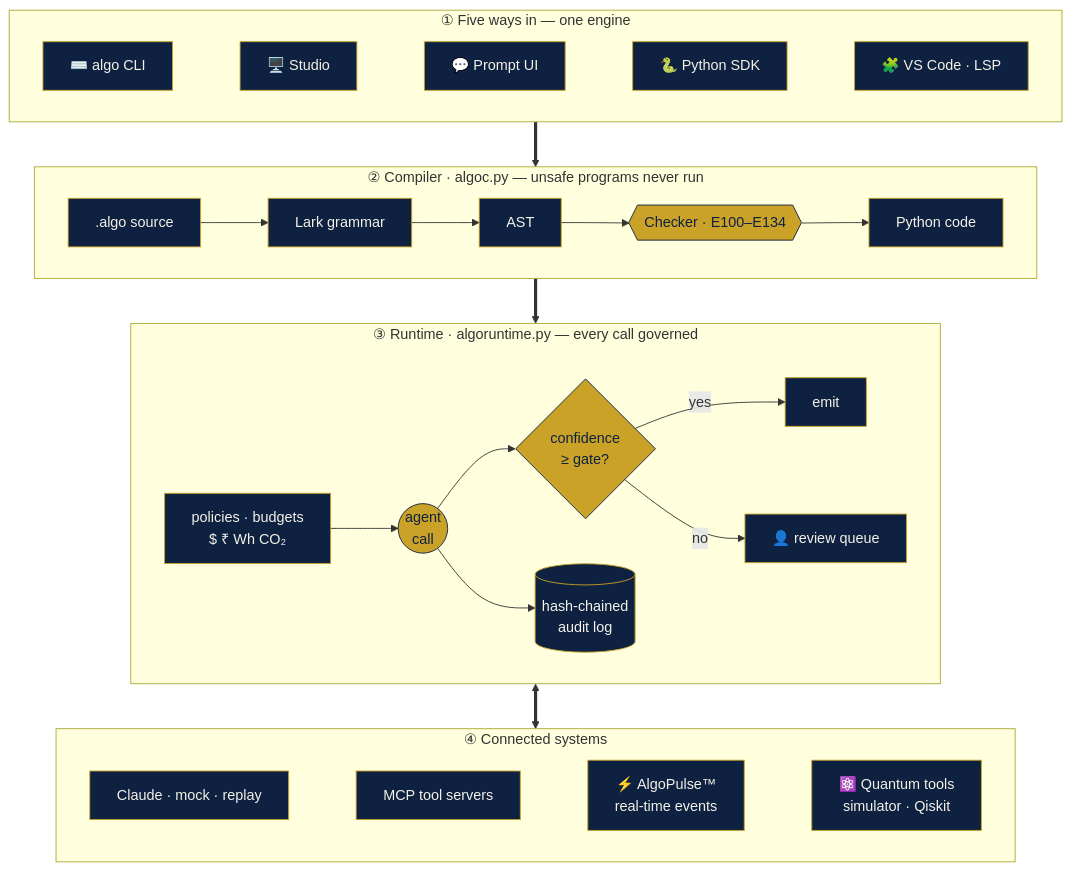
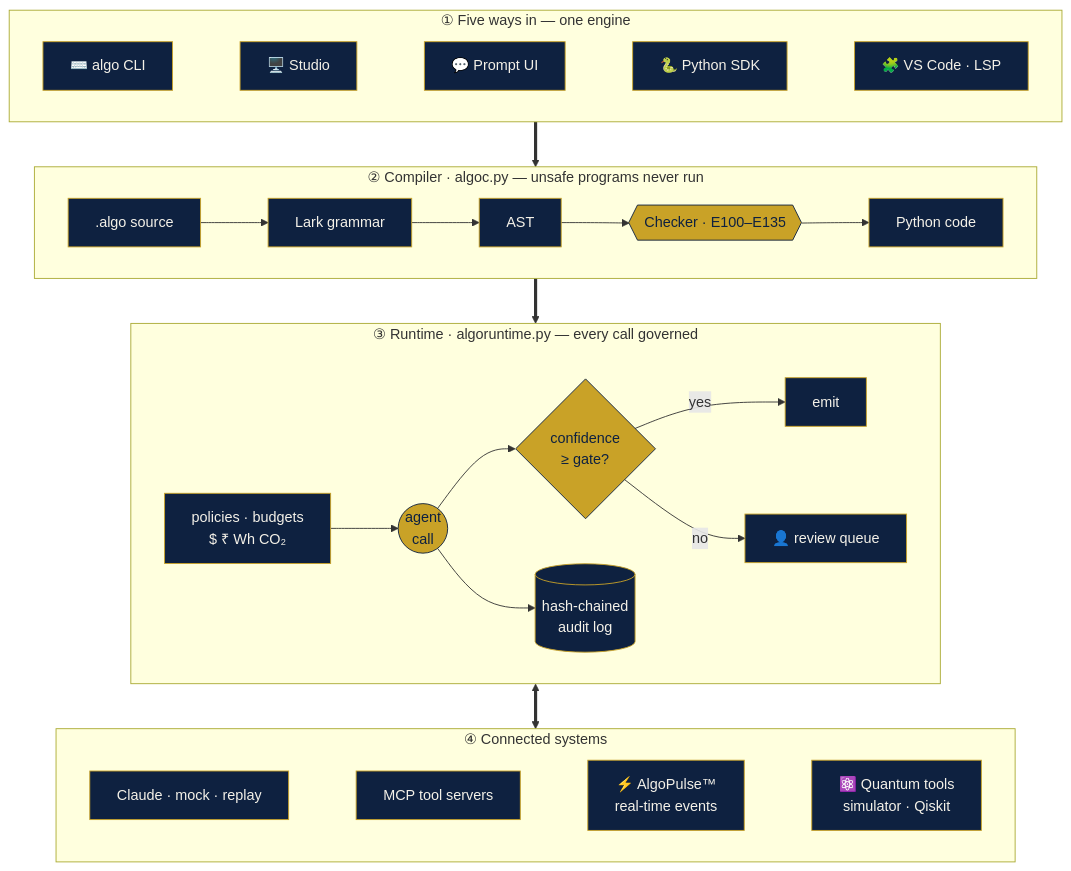
Before and after one commit to drssnaiml1-cell/algolang: the first of 4 diagrams in README.md, drawn with Mermaid. The commit also changed other lines of this file and 35 other files, not shown here.

````diff
--- a/README.md
+++ b/README.md
@@ -66,28 +66,28 @@
 ```mermaid
 flowchart TB
     subgraph DOORS["① Five ways in — one engine"]
         direction LR
         CLI["⌨️ algo CLI"] ~~~ STU["🖥️ Studio"] ~~~ PUI["💬 Prompt UI"] ~~~ SDK["🐍 Python SDK"] ~~~ LSP["🧩 VS Code · LSP"]
     end
     subgraph COMPILER["② Compiler · algoc.py — unsafe programs never run"]
         direction LR
-        SRC[".algo source"] --> PARSE["Lark grammar"] --> AST["AST"] --> CHK{{"Checker · E100–E134"}} --> GEN["Python code"]
+        SRC[".algo source"] --> PARSE["Lark grammar"] --> AST["AST"] --> CHK{{"Checker · E100–E135"}} --> GEN["Python code"]
     end
     subgraph RUNTIME["③ Runtime · algoruntime.py — every call governed"]
         direction LR
         POL["policies · budgets<br/>$ ₹ Wh CO₂"] --> CALL(("agent<br/>call")) --> GATE{"confidence<br/>≥ gate?"}
         GATE -- yes --> OUT["emit"]
         GATE -- no --> HUM["👤 review queue"]
         CALL --> AUD[("hash-chained<br/>audit log")]
     end
     subgraph WORLD["④ Connected systems"]
         direction LR
         LLM["Claude · mock · replay"] ~~~ MCP["MCP tool servers"] ~~~ KAF["⚡ AlgoPulse™<br/>real-time events"] ~~~ QPU["⚛️ Quantum tools<br/>simulator · Qiskit"]
     end
     DOORS ==> COMPILER ==> RUNTIME <==> WORLD
 
     classDef navy fill:#0e2140,stroke:#c9a227,color:#f4f1e8;
     classDef gold fill:#c9a227,stroke:#0e2140,color:#0e2140;
     class CLI,STU,PUI,SDK,LSP,SRC,PARSE,AST,GEN,POL,OUT,LLM,MCP,KAF,QPU,HUM,AUD navy;
     class CHK,CALL,GATE gold;
 ```
````
